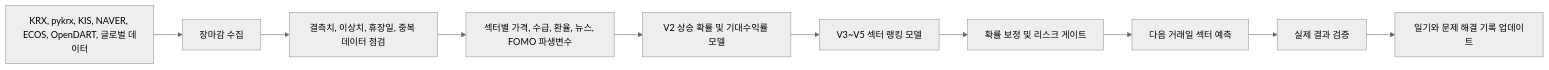
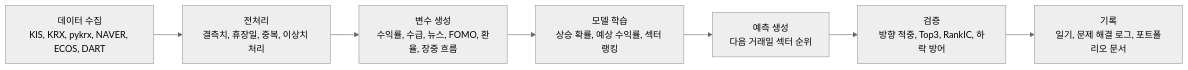
The diagram in README.md (HCG0313/part-prediction), drawn with Mermaid (neutral theme) before and after one commit. The commit also changed other lines of this file, not shown here.

````diff
--- a/README.md
+++ b/README.md
@@ -71,12 +40,9 @@
 ```mermaid
 flowchart LR
-    A["KRX, pykrx, KIS, NAVER, ECOS, OpenDART, 글로벌 데이터"] --> B["장마감 수집"]
-    B --> C["결측치, 이상치, 휴장일, 중복 데이터 점검"]
-    C --> D["섹터별 가격, 수급, 환율, 뉴스, FOMO 파생변수"]
-    D --> E["V2 상승 확률 및 기대수익률 모델"]
-    E --> F["V3~V5 섹터 랭킹 모델"]
-    F --> G["확률 보정 및 리스크 게이트"]
-    G --> H["다음 거래일 섹터 예측"]
-    H --> I["실제 결과 검증"]
-    I --> J["일기와 문제 해결 기록 업데이트"]
+    A["데이터 수집<br/>KIS, KRX, pykrx, NAVER, ECOS, DART"] --> B["전처리<br/>결측치, 휴장일, 중복, 이상치 처리"]
+    B --> C["변수 생성<br/>수익률, 수급, 뉴스, FOMO, 환율, 장중 흐름"]
+    C --> D["모델 학습<br/>상승 확률, 예상 수익률, 섹터 랭킹"]
+    D --> E["예측 생성<br/>다음 거래일 섹터 순위"]
+    E --> F["검증<br/>방향 적중, Top3, RankIC, 하락 방어"]
+    F --> G["기록<br/>일기, 문제 해결 로그, 포트폴리오 문서"]
 ```
````
